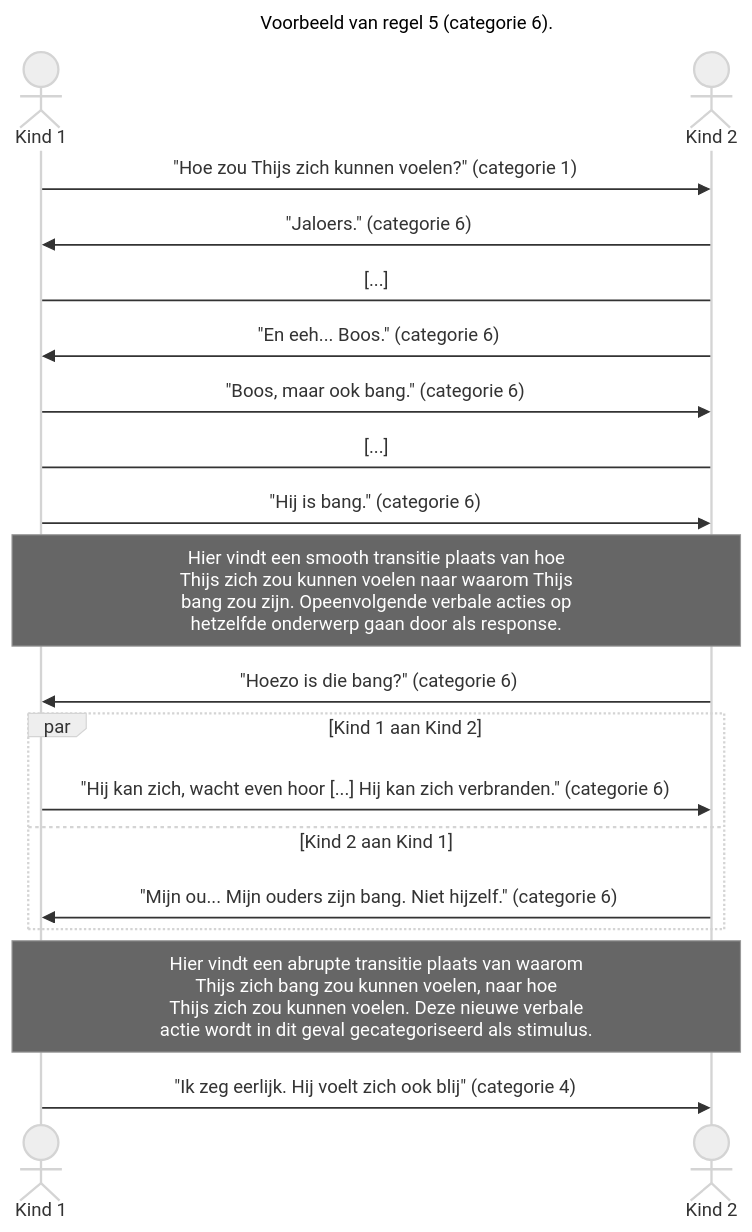
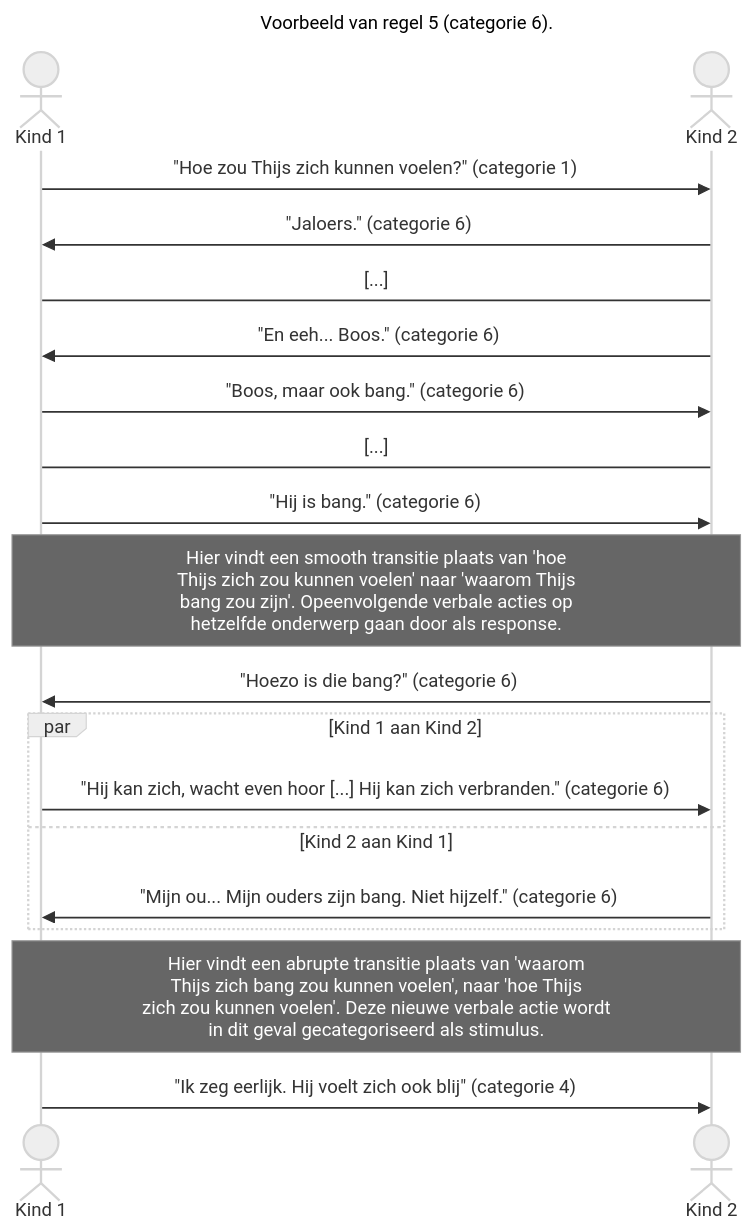
One commit to Dionysi/AnnotationTool-Release changed the ninth of 10 diagrams in Annotation-rules-refactor.md. Above: the diagram before and after it, drawn with Mermaid (neutral theme). The commit also changed other lines of this file, not shown here.

````diff
--- a/Annotation-rules-refactor.md
+++ b/Annotation-rules-refactor.md
@@ -187,22 +187,22 @@
     ```mermaid
     sequenceDiagram
         title Voorbeeld van regel 5 (categorie 6).
         actor Kind 1
         actor Kind 2
         Kind 1->>Kind 2: "Hoe zou Thijs zich kunnen voelen?" (categorie 1)
         Kind 2->>Kind 1: "Jaloers." (categorie 6)
         Kind 1->Kind 2: [...]
         Kind 2->>Kind 1: "En eeh... Boos." (categorie 6)
         Kind 1->>Kind 2: "Boos, maar ook bang." (categorie 6)
         Kind 1->Kind 2: [...]
         Kind 1->>Kind 2: "Hij is bang." (categorie 6)
-        Note over Kind 1, Kind 2: Hier vindt een smooth transitie plaats van hoe<br/>Thijs zich zou kunnen voelen naar waarom Thijs<br/>bang zou zijn. Opeenvolgende verbale acties op<br/>hetzelfde onderwerp gaan door als response.
+        Note over Kind 1, Kind 2: Hier vindt een smooth transitie plaats van 'hoe<br/>Thijs zich zou kunnen voelen' naar 'waarom Thijs<br/>bang zou zijn'. Opeenvolgende verbale acties op<br/>hetzelfde onderwerp gaan door als response.
         Kind 2->>Kind 1: "Hoezo is die bang?" (categorie 6)
         par Kind 1 aan Kind 2
             Kind 1->>Kind 2: "Hij kan zich, wacht even hoor [...] Hij kan zich verbranden." (categorie 6)
         and Kind 2 aan Kind 1
             Kind 2->>Kind 1: "Mijn ou... Mijn ouders zijn bang. Niet hijzelf." (categorie 6)
         end
-        Note over Kind 1, Kind 2: Hier vindt een abrupte transitie plaats van waarom<br/>Thijs zich bang zou kunnen voelen, naar hoe<br/>Thijs zich zou kunnen voelen. Deze nieuwe verbale<br/>actie wordt in dit geval gecategoriseerd als stimulus.
+        Note over Kind 1, Kind 2: Hier vindt een abrupte transitie plaats van 'waarom<br/>Thijs zich bang zou kunnen voelen', naar 'hoe Thijs<br/>zich zou kunnen voelen'. Deze nieuwe verbale actie wordt<br/>in dit geval gecategoriseerd als stimulus.
         Kind 1->>Kind 2: "Ik zeg eerlijk. Hij voelt zich ook blij" (categorie 4) 
     ```
````
